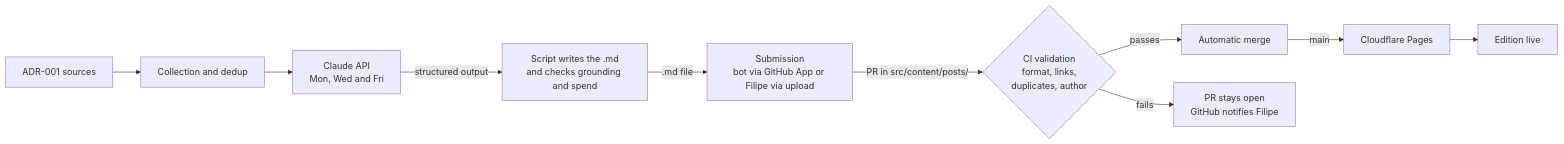
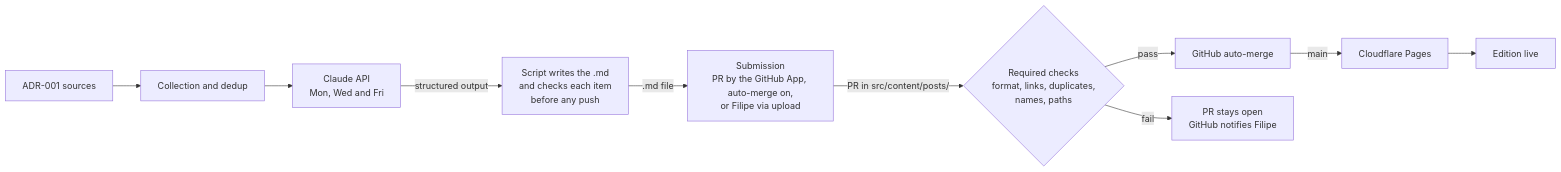
One commit to FilipeOliveira94/pedsletter changed the diagram in docs/architecture/overview.md. Above: the diagram before and after it, drawn with Mermaid. The commit also changed other lines of this file and 8 other files, not shown here.

````diff
--- a/docs/architecture/overview.md
+++ b/docs/architecture/overview.md
@@ -41,12 +41,12 @@
 ```mermaid
 flowchart LR
     S[ADR-001 sources] --> K[Collection and dedup]
     K --> A[Claude API<br>Mon, Wed and Fri]
-    A -->|structured output| V[Script writes the .md<br>and checks grounding and spend]
-    V -->|.md file| B[Submission<br>bot via GitHub App or Filipe via upload]
-    B -->|PR in src/content/posts/| C{CI validation<br>format, links,<br>duplicates, author}
-    C -->|passes| D[Automatic merge]
-    C -->|fails| E[PR stays open<br>GitHub notifies Filipe]
+    A -->|structured output| V[Script writes the .md<br>and checks each item<br>before any push]
+    V -->|.md file| B[Submission<br>PR by the GitHub App, auto-merge on,<br>or Filipe via upload]
+    B -->|PR in src/content/posts/| C{Required checks<br>format, links, duplicates,<br>names, paths}
+    C -->|pass| D[GitHub auto-merge]
+    C -->|fail| E[PR stays open<br>GitHub notifies Filipe]
     D -->|main| F[Cloudflare Pages]
     F --> G[Edition live]
 ```
````
